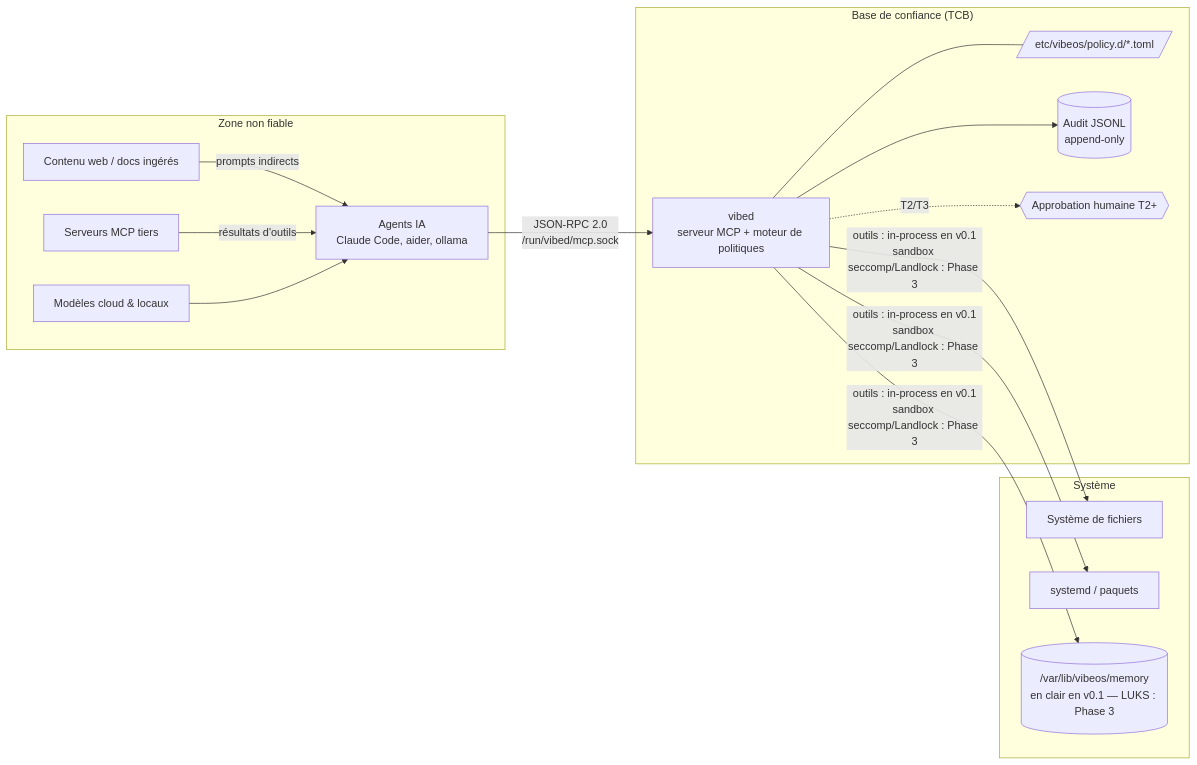
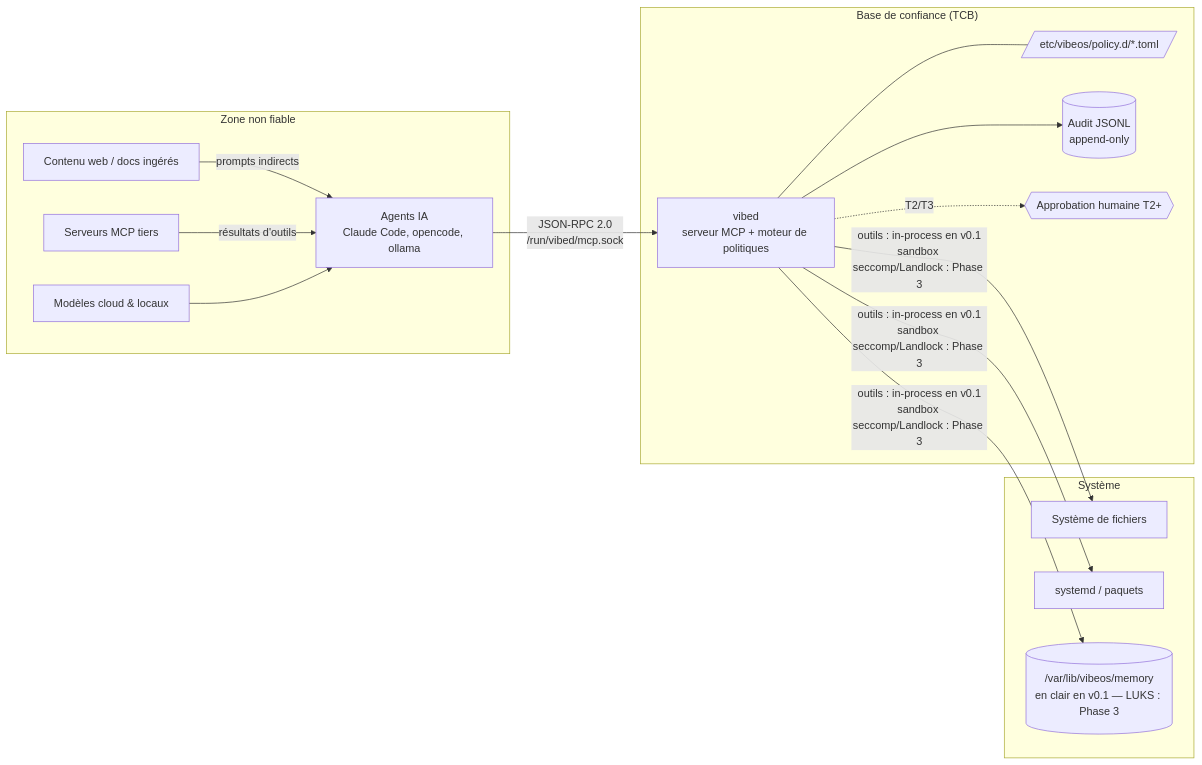
One commit to Micka420-collab/vibeos changed the diagram in docs/THREAT-MODEL.md. Above: the diagram before and after it, drawn with Mermaid. The commit also changed other lines of this file and 36 other files, not shown here.

````diff
--- a/docs/THREAT-MODEL.md
+++ b/docs/THREAT-MODEL.md
@@ -16,28 +16,28 @@
 ```mermaid
 flowchart LR
     subgraph UNTRUSTED["Zone non fiable"]
         WEB[Contenu web / docs ingérés]
         MCP3[Serveurs MCP tiers]
         MODEL[Modèles cloud & locaux]
-        AGENT[Agents IA<br/>Claude Code, aider, ollama]
+        AGENT[Agents IA<br/>Claude Code, opencode, ollama]
     end
     subgraph TCB["Base de confiance (TCB)"]
         VIBED[vibed<br/>serveur MCP + moteur de politiques]
         POL[/etc/vibeos/policy.d/*.toml/]
         AUDIT[(Audit JSONL<br/>append-only)]
         HUMAN{{Approbation humaine T2+}}
     end
     subgraph SYS["Système"]
         FS[Système de fichiers]
         SVC[systemd / paquets]
         MEM[(/var/lib/vibeos/memory<br/>en clair en v0.1 — LUKS : Phase 3)]
     end
     WEB -->|prompts indirects| AGENT
     MCP3 -->|résultats d'outils| AGENT
     MODEL --> AGENT
     AGENT -->|JSON-RPC 2.0<br/>/run/vibed/mcp.sock| VIBED
     VIBED --- POL
     VIBED --> AUDIT
     VIBED -.->|T2/T3| HUMAN
     VIBED -->|outils : in-process en v0.1<br/>sandbox seccomp/Landlock : Phase 3| FS & SVC & MEM
 ```
````
